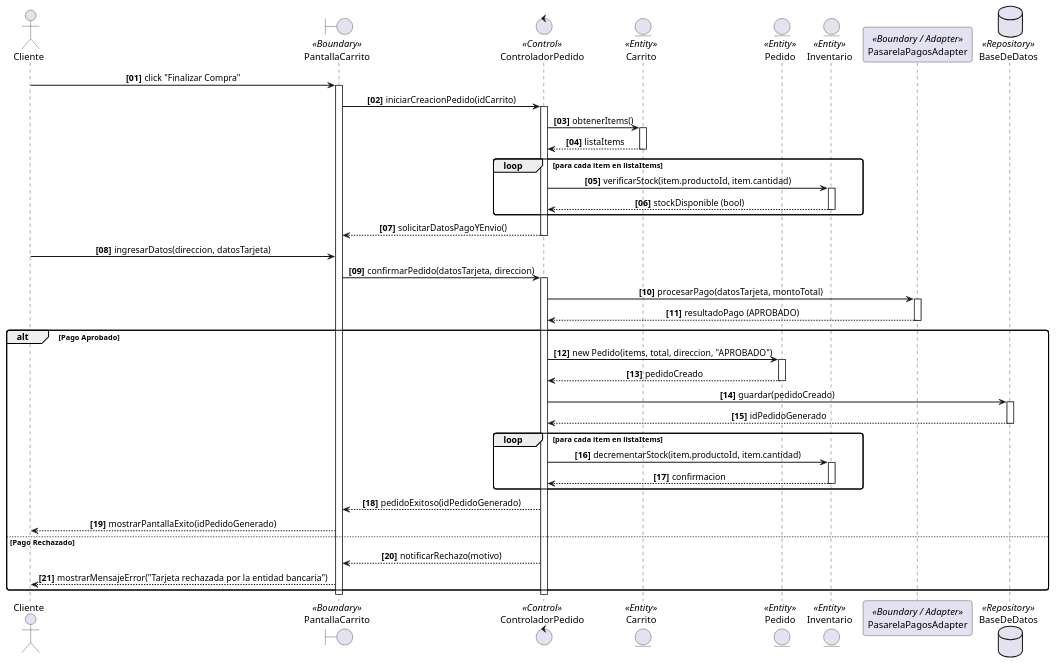
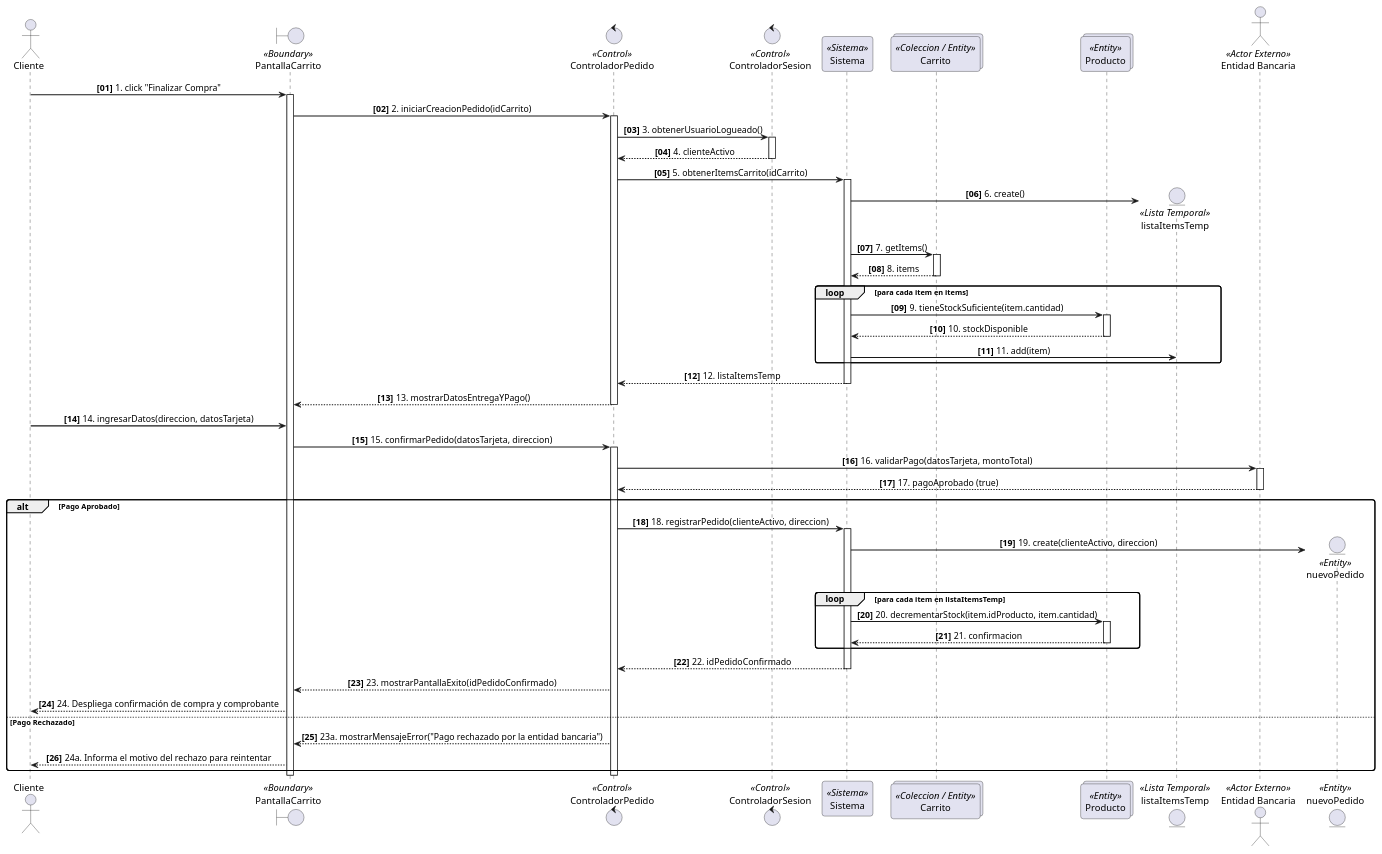
The diagram in secuencia/ejemplos/seq_crear_pedido.puml (sandobaitt/dsi-2026), drawn with PlantUML before and after one commit. The commit also changed 31 other files, not shown here.

```diff
--- a/secuencia/ejemplos/seq_crear_pedido.puml
+++ b/secuencia/ejemplos/seq_crear_pedido.puml
@@ -1,86 +1,119 @@
 @startuml seq_crear_pedido
 !pragma layout smetana
 autonumber "<b>[00]</b>"
 skinparam shadowing false
 skinparam roundcorner 8
 skinparam sequenceArrowThickness 1.5
 skinparam sequenceMessageAlign center
 skinparam responseMessageBelowArrow true
 
 ' ==============================================================================
 ' REALIZACIÓN DEL CASO DE USO: CU-03 Crear Pedido
-' Materia: Diseño de Sistemas (DSI)
+' Materia: Diseño de Sistemas (DSI 2026)
+' - Servicios externos tratados como ACTORES EXTERNOS (ej. Entidad Bancaria)
+' - CTRLSesion preexistente (sin pedir datos conocidos al usuario)
+' - Listas temporales creadas por Sistema, sin destroy y sin palabra return
 ' ==============================================================================
 
-actor "Cliente" as Cliente
-boundary "PantallaCarrito" as View <<Boundary>>
-control "ControladorPedido" as Gestor <<Control>>
-entity "Carrito" as Cart <<Entity>>
-entity "Pedido" as Order <<Entity>>
-entity "Inventario" as Stock <<Entity>>
-participant "PasarelaPagosAdapter" as Gateway <<Boundary / Adapter>>
-database "BaseDeDatos" as DB <<Repository>>
+' 1. Participantes ordenados de izquierda a derecha
+actor "Cliente" as Actor
+boundary "PantallaCarrito" as UI <<Boundary>>
+control "ControladorPedido" as CTRLCU <<Control>>
+control "ControladorSesion" as CTRLSesion <<Control>>
+participant "Sistema" as Sistema <<Sistema>>
+collections "Carrito" as Cart <<Coleccion / Entity>>
+collections "Producto" as Productos <<Entity>>
+entity "listaItemsTemp" as ListaTemp <<Lista Temporal>>
+actor "Entidad Bancaria" as Banco <<Actor Externo>>
+entity "nuevoPedido" as Pedido <<Entity>>
 
-' Flujo Principal
-Cliente -> View: click "Finalizar Compra"
-activate View
+' ------------------------------------------------------------------------------
+' FLUJO TEMPORAL DEL CASO DE USO
+' ------------------------------------------------------------------------------
 
-View -> Gestor: iniciarCreacionPedido(idCarrito)
-activate Gestor
+' Paso 1: Actor solicita finalizar la compra
+Actor -> UI: 1. click "Finalizar Compra"
+activate UI
 
-Gestor -> Cart: obtenerItems()
+UI -> CTRLCU: 2. iniciarCreacionPedido(idCarrito)
+activate CTRLCU
+
+' Regla Cátedra: CTRLCU extrae usuario de CTRLSesion preexistente
+CTRLCU -> CTRLSesion: 3. obtenerUsuarioLogueado()
+activate CTRLSesion
+CTRLSesion --> CTRLCU: 4. clienteActivo
+deactivate CTRLSesion
+
+' Regla Cátedra: De CTRL a Sistema se usa "obtener...()" (NO "get")
+CTRLCU -> Sistema: 5. obtenerItemsCarrito(idCarrito)
+activate Sistema
+
+' Regla Cátedra: Sistema crea e instancia la lista temporal
+create ListaTemp
+Sistema -> ListaTemp: 6. create()
+
+Sistema -> Cart: 7. getItems()
 activate Cart
-Cart --> Gestor: listaItems
+Cart --> Sistema: 8. items
 deactivate Cart
 
-' Bucle para verificar stock
-loop para cada item en listaItems
-    Gestor -> Stock: verificarStock(item.productoId, item.cantidad)
-    activate Stock
-    Stock --> Gestor: stockDisponible (bool)
-    deactivate Stock
+' Validación de stock
+loop para cada item en items
+    ' Regla Cátedra: De Sistema a Entidad se usa "get...()" o métodos de dominio
+    Sistema -> Productos: 9. tieneStockSuficiente(item.cantidad)
+    activate Productos
+    Productos --> Sistema: 10. stockDisponible
+    deactivate Productos
+
+    Sistema -> ListaTemp: 11. add(item)
 end
 
-Gestor --> View: solicitarDatosPagoYEnvio()
-deactivate Gestor
+' Regla Cátedra: SIN retorno desde ListaTemp hacia Sistema
+' Regla Cátedra: Retorno con línea punteada sin la palabra "return"
+Sistema --> CTRLCU: 12. listaItemsTemp
+deactivate Sistema
 
-Cliente -> View: ingresarDatos(direccion, datosTarjeta)
-View -> Gestor: confirmarPedido(datosTarjeta, direccion)
-activate Gestor
+CTRLCU --> UI: 13. mostrarDatosEntregaYPago()
+deactivate CTRLCU
 
-' Llamada al servicio externo de pago
-Gestor -> Gateway: procesarPago(datosTarjeta, montoTotal)
-activate Gateway
-Gateway --> Gestor: resultadoPago (APROBADO)
-deactivate Gateway
+' Paso 2: Actor ingresa datos y confirma
+Actor -> UI: 14. ingresarDatos(direccion, datosTarjeta)
+UI -> CTRLCU: 15. confirmarPedido(datosTarjeta, direccion)
+activate CTRLCU
+
+' Regla Cátedra: El servicio externo se trata como ACTOR EXTERNO
+CTRLCU -> Banco: 16. validarPago(datosTarjeta, montoTotal)
+activate Banco
+Banco --> CTRLCU: 17. pagoAprobado (true)
+deactivate Banco
 
 alt Pago Aprobado
-    Gestor -> Order: new Pedido(items, total, direccion, "APROBADO")
-    activate Order
-    Order --> Gestor: pedidoCreado
-    deactivate Order
+    ' Regla Cátedra: Sistema registra el pedido y administra persistencia
+    CTRLCU -> Sistema: 18. registrarPedido(clienteActivo, direccion)
+    activate Sistema
 
-    Gestor -> DB: guardar(pedidoCreado)
-    activate DB
-    DB --> Gestor: idPedidoGenerado
-    deactivate DB
+    create Pedido
+    Sistema -> Pedido: 19. create(clienteActivo, direccion)
 
-    ' Descuento de stock
-    loop para cada item en listaItems
-        Gestor -> Stock: decrementarStock(item.productoId, item.cantidad)
-        activate Stock
-        Stock --> Gestor: confirmacion
-        deactivate Stock
+    loop para cada item en listaItemsTemp
+        Sistema -> Productos: 20. decrementarStock(item.idProducto, item.cantidad)
+        activate Productos
+        Productos --> Sistema: 21. confirmacion
+        deactivate Productos
     end
 
-    Gestor --> View: pedidoExitoso(idPedidoGenerado)
-    View --> Cliente: mostrarPantallaExito(idPedidoGenerado)
+    ' Regla Cátedra: SIN destroy para lista temporal (no resta puntos en parcial)
+    Sistema --> CTRLCU: 22. idPedidoConfirmado
+    deactivate Sistema
+
+    CTRLCU --> UI: 23. mostrarPantallaExito(idPedidoConfirmado)
+    UI --> Actor: 24. Despliega confirmación de compra y comprobante
 else Pago Rechazado
-    Gestor --> View: notificarRechazo(motivo)
-    View --> Cliente: mostrarMensajeError("Tarjeta rechazada por la entidad bancaria")
+    CTRLCU --> UI: 23a. mostrarMensajeError("Pago rechazado por la entidad bancaria")
+    UI --> Actor: 24a. Informa el motivo del rechazo para reintentar
 end
 
-deactivate Gestor
-deactivate View
+deactivate CTRLCU
+deactivate UI
 
 @enduml
```
